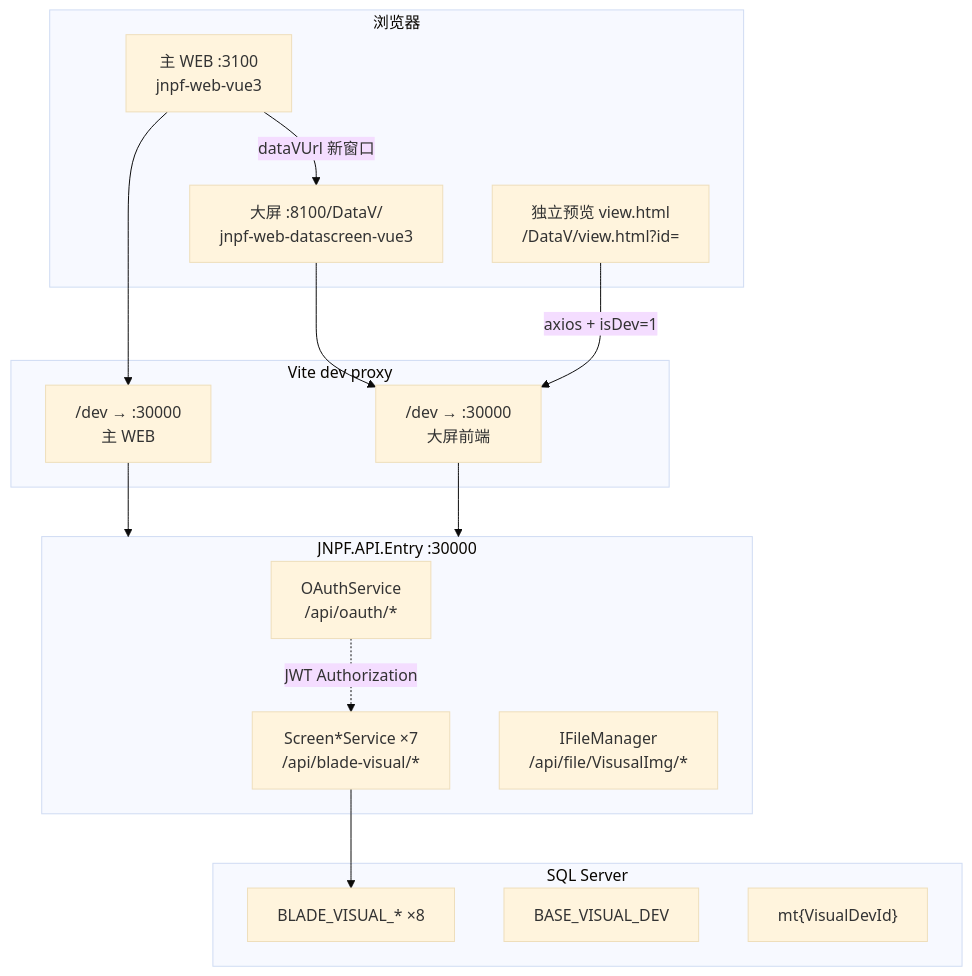
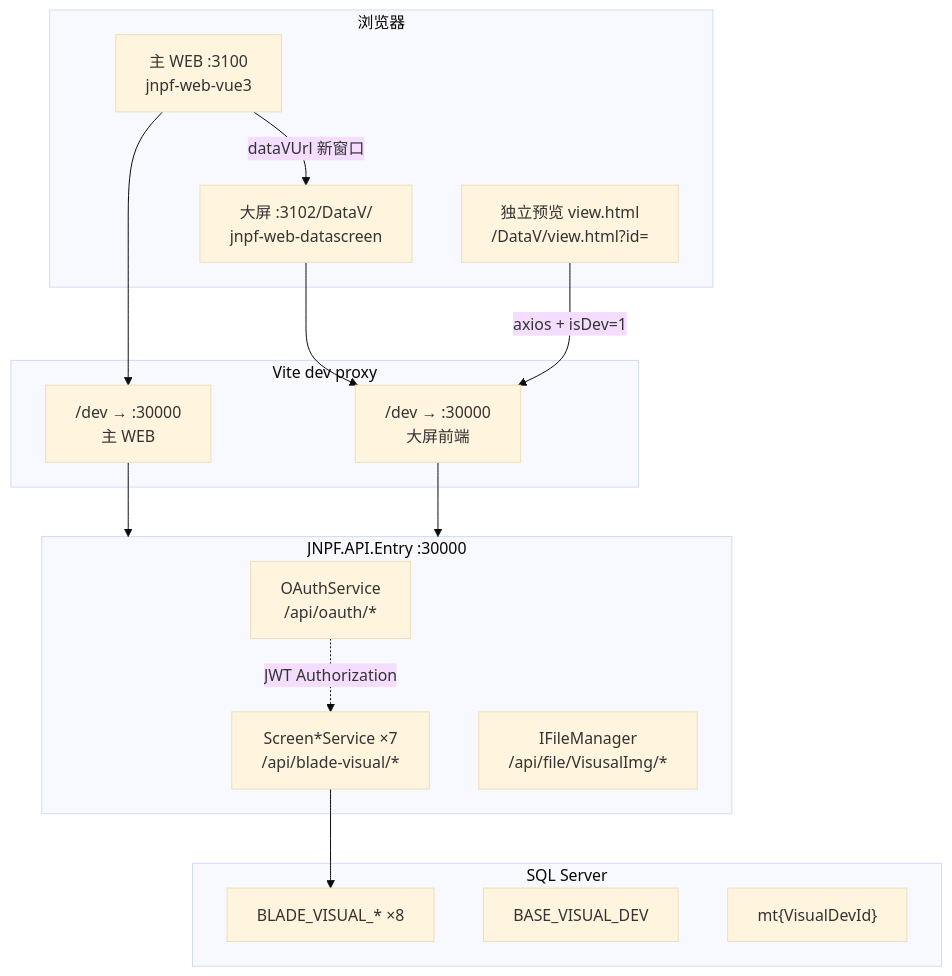
The first of 4 diagrams in docs/architecture/v52/05-visual-data-deep-dive.md (DULASlee/jnpfv52), drawn with Mermaid (base theme) before and after one commit. The commit also changed other lines of this file and 661 other files, not shown here.

````diff
--- a/docs/architecture/v52/05-visual-data-deep-dive.md
+++ b/docs/architecture/v52/05-visual-data-deep-dive.md
@@ -62,34 +62,34 @@
 ```mermaid
 flowchart TB
   subgraph browser["浏览器"]
     MAIN["主 WEB :3100<br/>jnpf-web-vue3"]
-    DATAV["大屏 :8100/DataV/<br/>jnpf-web-datascreen-vue3"]
+    DATAV["大屏 :3102/DataV/<br/>jnpf-web-datascreen"]
     VIEW["独立预览 view.html<br/>/DataV/view.html?id="]
   end
 
   subgraph proxy["Vite dev proxy"]
     P3100["/dev → :30000<br/>主 WEB"]
     P8100["/dev → :30000<br/>大屏前端"]
   end
 
   subgraph api["JNPF.API.Entry :30000"]
     OAUTH["OAuthService<br/>/api/oauth/*"]
     BLADE["Screen*Service ×7<br/>/api/blade-visual/*"]
     FILE["IFileManager<br/>/api/file/VisusalImg/*"]
   end
 
   subgraph db["SQL Server"]
     BLADE_TBL["BLADE_VISUAL_* ×8"]
     BASE_VD["BASE_VISUAL_DEV"]
     MT["mt{VisualDevId}"]
   end
 
   MAIN -->|"dataVUrl 新窗口"| DATAV
   MAIN --> P3100
   DATAV --> P8100
   VIEW -->|"axios + isDev=1"| P8100
   P3100 --> api
   P8100 --> api
   BLADE --> BLADE_TBL
   OAUTH -.->|"JWT Authorization"| BLADE
 ```
````
